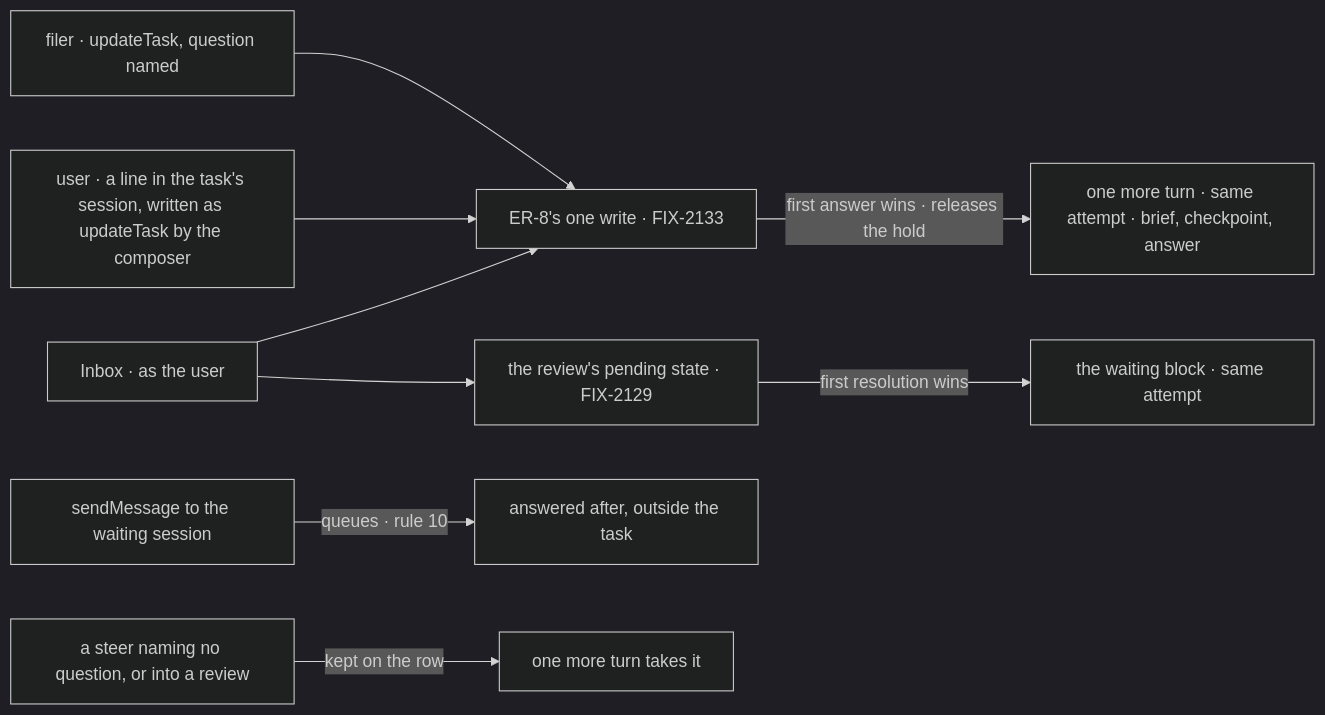
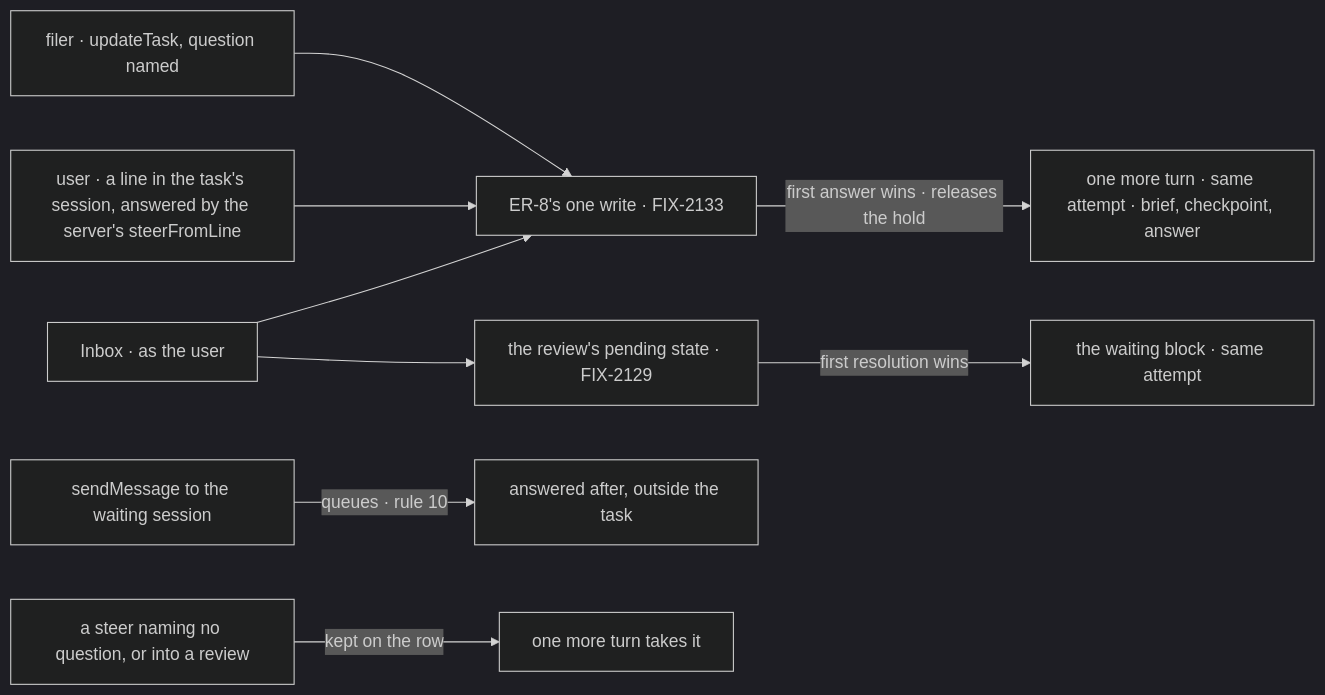
One commit to fixpoint-labs/flow-state-dev changed the second of 2 diagrams in specs/issues/FIX-2131/SPEC.md. Above: the diagram before and after it, drawn with Mermaid (dark theme). The commit also changed other lines of this file and 21 other files, not shown here.

````diff
--- a/specs/issues/FIX-2131/SPEC.md
+++ b/specs/issues/FIX-2131/SPEC.md
@@ -95,11 +96,11 @@
 ```mermaid
 flowchart LR
   F["filer · updateTask, question named"] --> Q["ER-8's one write · FIX-2133"]
-  U["user · a line in the task's session, written as updateTask by the composer"] --> Q
+  U["user · a line in the task's session, answered by the server's steerFromLine"] --> Q
   I["Inbox · as the user"] --> Q
   I --> R["the review's pending state · FIX-2129"]
   M["sendMessage to the waiting session"] -->|"queues · rule 10"| Z["answered after, outside the task"]
   S["a steer naming no question, or into a review"] -->|"kept on the row"| K["one more turn takes it"]
   Q -->|"first answer wins · releases the hold"| T["one more turn · same attempt · brief, checkpoint, answer"]
   R -->|"first resolution wins"| B["the waiting block · same attempt"]
 ```
````
